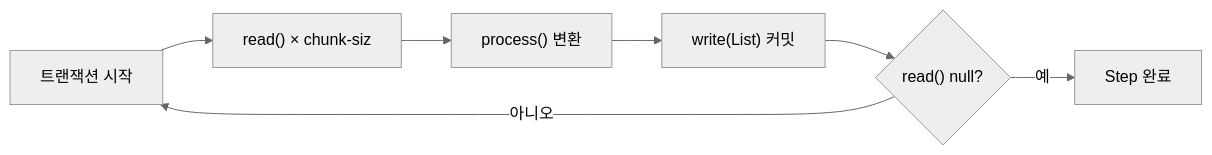
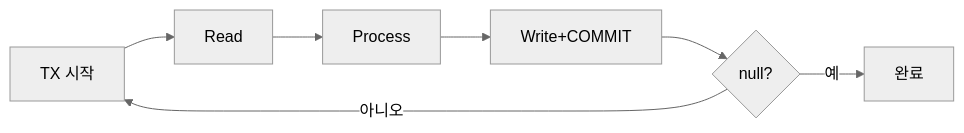
Before and after one commit to yjkim2015/yjkim2015.github.io: the first of 6 diagrams in _posts/batch/2026-05-03-spring-batch-chunk-processing.md, drawn with Mermaid (neutral theme). The commit also changed other lines of this file and 245 other files, not shown here.

First line of the commit message:
Mermaid 다이어그램 전면 수정 + 면접 포인트 접기/펼치기 + DB 데드락 페이지

````diff
--- a/_posts/batch/2026-05-03-spring-batch-chunk-processing.md
+++ b/_posts/batch/2026-05-03-spring-batch-chunk-processing.md
@@ -32,9 +32,9 @@
 ```mermaid
-flowchart LR
-    B["트랜잭션 시작"] --> C["read() × chunk-siz"]
-    C --> E["process() 변환"]
-    E --> F["write(List) 커밋"]
-    F --> H{"read() null?"}
+graph LR
+    B["TX 시작"] --> C["Read"]
+    C --> E["Process"]
+    E --> F["Write+COMMIT"]
+    F --> H{"null?"}
     H -->|"아니오"| B
-    H -->|"예"| I["Step 완료"]
+    H -->|"예"| I["완료"]
 ```
````
